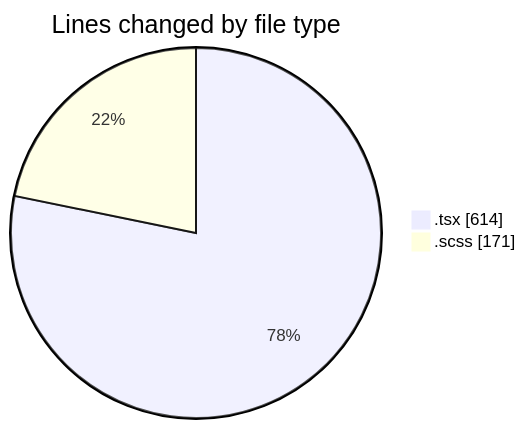
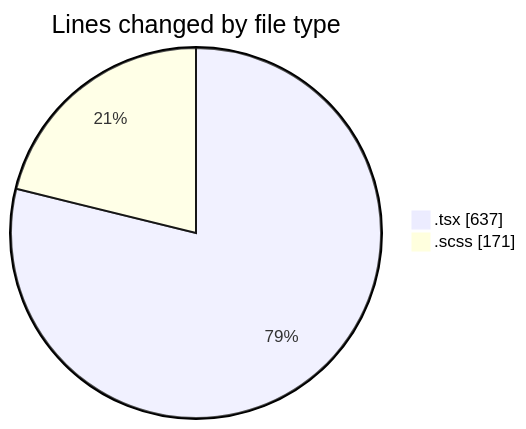
The first of 2 diagrams in 2026-04-16/cda/README.md (momahboobian/code-tracking), drawn with Mermaid before and after one commit. The commit also changed other lines of this file and 1 other file, not shown here.

````diff
--- a/2026-04-16/cda/README.md
+++ b/2026-04-16/cda/README.md
@@ -23,6 +23,6 @@
 ```mermaid
 pie showData
 title Lines changed by file type
-".tsx" : 614
+".tsx" : 637
 ".scss" : 171
 ```
````
